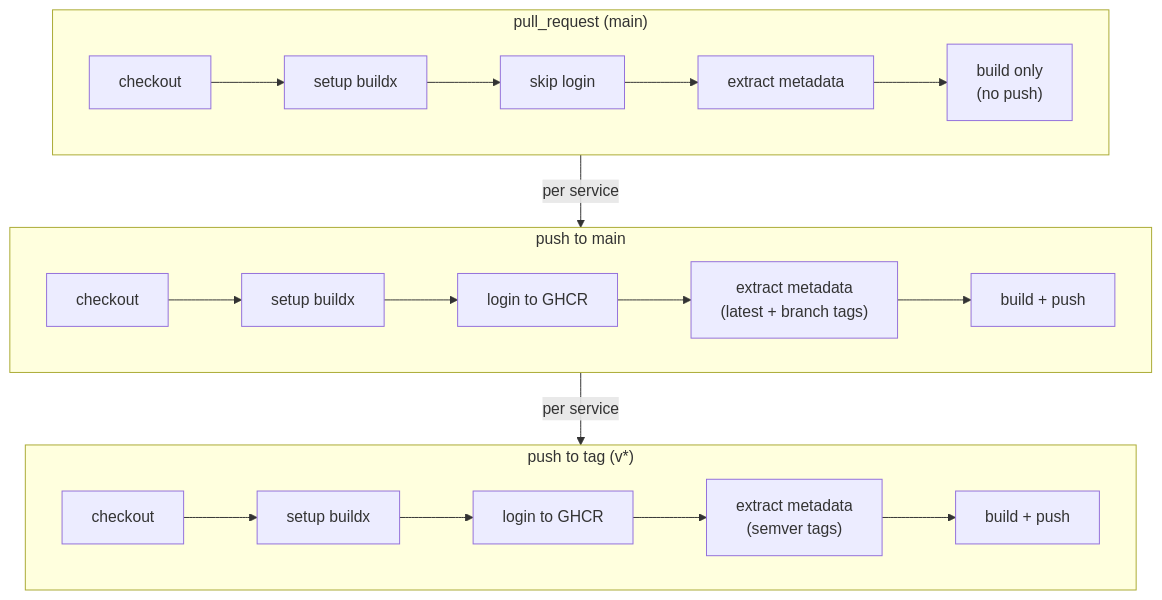
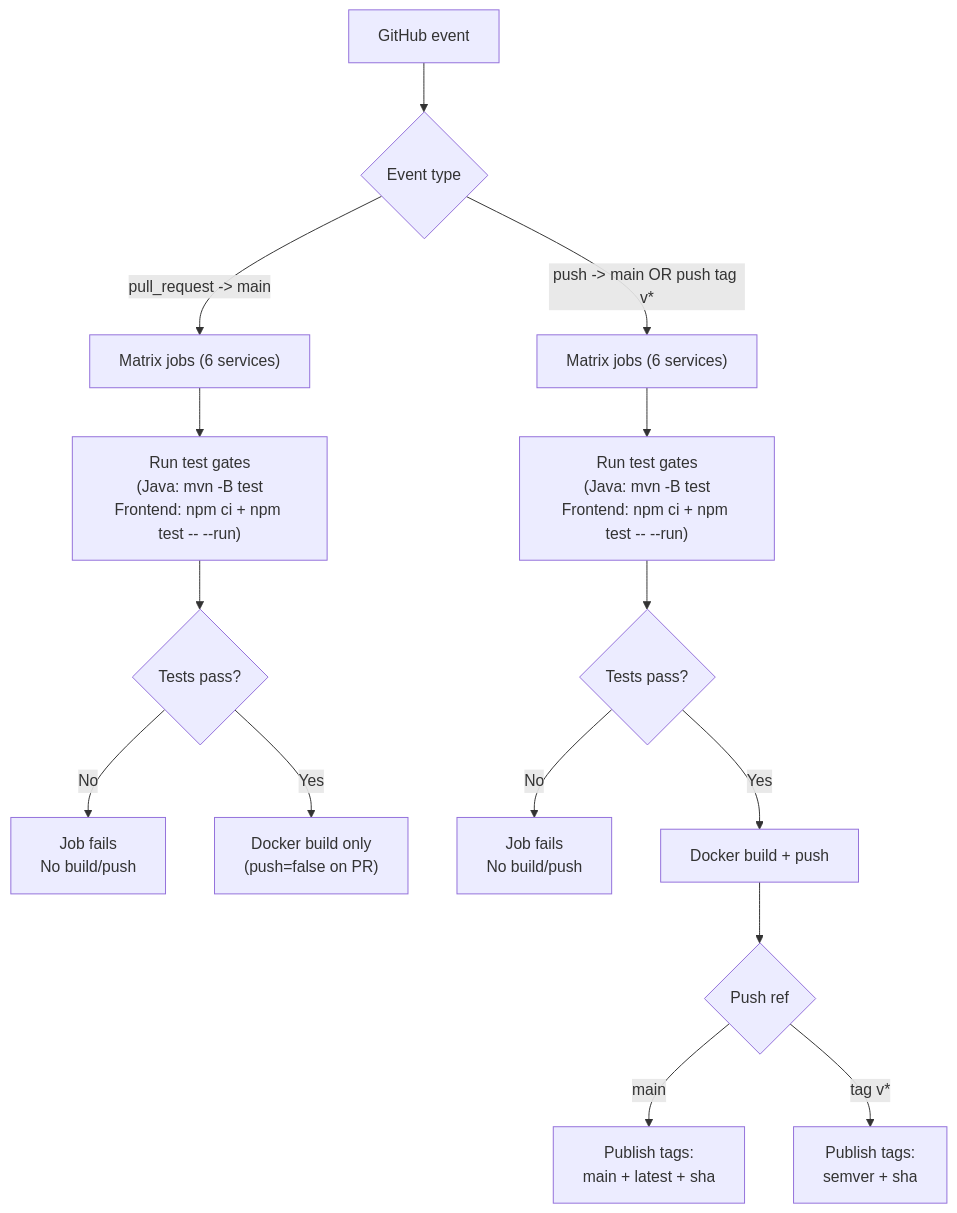
Before and after one commit to ClementV78/CloudRadar: the first of 2 diagrams in docs/runbooks/ci-cd/ci-app.md, drawn with Mermaid. The commit also changed other lines of this file and 4 other files, not shown here.

First line of the commit message:
ci(test): enforce PR test gates before image build

````diff
--- a/docs/runbooks/ci-cd/ci-app.md
+++ b/docs/runbooks/ci-cd/ci-app.md
@@ -190,31 +218,22 @@
 ```mermaid
-flowchart TB
-  subgraph PR["pull_request (main)"]
-    co1["checkout"]
-    bx1["setup buildx"]
-    skip1["skip login"]
-    meta1["extract metadata"]
-    build1["build only<br/>(no push)"]
-    co1 --> bx1 --> skip1 --> meta1 --> build1
-  end
+flowchart TD
+  T["GitHub event"] --> E{"Event type"}
 
-  subgraph Push["push to main"]
-    co2["checkout"]
-    bx2["setup buildx"]
-    login2["login to GHCR"]
-    meta2["extract metadata<br/>(latest + branch tags)"]
-    push2["build + push"]
-    co2 --> bx2 --> login2 --> meta2 --> push2
-  end
+  E -->|"pull_request -> main"| PR["Matrix jobs (6 services)"]
+  E -->|"push -> main OR push tag v*"| PUSH["Matrix jobs (6 services)"]
 
-  subgraph Tag["push to tag (v*)"]
-    co3["checkout"]
-    bx3["setup buildx"]
-    login3["login to GHCR"]
-    meta3["extract metadata<br/>(semver tags)"]
-    push3["build + push"]
-    co3 --> bx3 --> login3 --> meta3 --> push3
-  end
+  PR --> G1["Run test gates<br/>(Java: mvn -B test<br/>Frontend: npm ci + npm test -- --run)"]
+  PUSH --> G2["Run test gates<br/>(Java: mvn -B test<br/>Frontend: npm ci + npm test -- --run)"]
 
-  PR -->|per service| Push -->|per service| Tag
+  G1 --> F1{"Tests pass?"}
+  G2 --> F2{"Tests pass?"}
+
+  F1 -->|"No"| X1["Job fails<br/>No build/push"]
+  F2 -->|"No"| X2["Job fails<br/>No build/push"]
+
+  F1 -->|"Yes"| B1["Docker build only<br/>(push=false on PR)"]
+  F2 -->|"Yes"| B2["Docker build + push"]
+  B2 --> TAG{"Push ref"}
+  TAG -->|"main"| TMAIN["Publish tags:<br/>main + latest + sha"]
+  TAG -->|"tag v*"| TTAG["Publish tags:<br/>semver + sha"]
 ```
````
